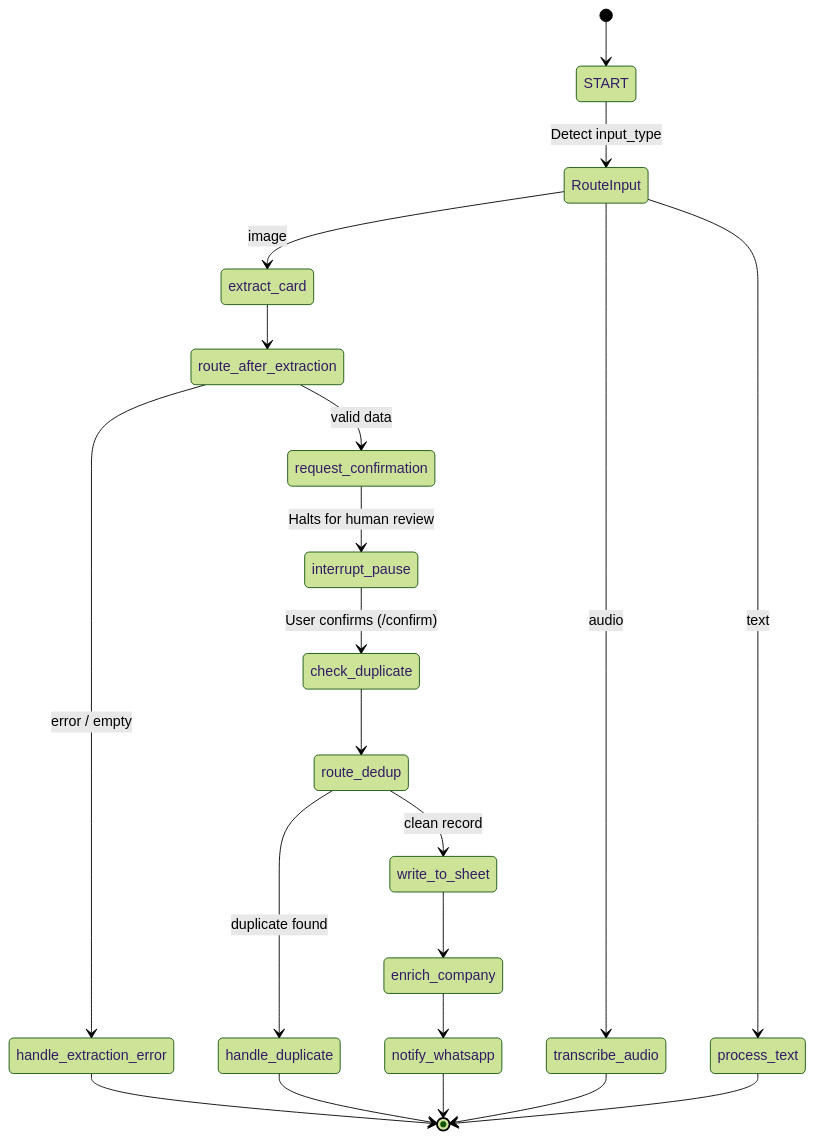
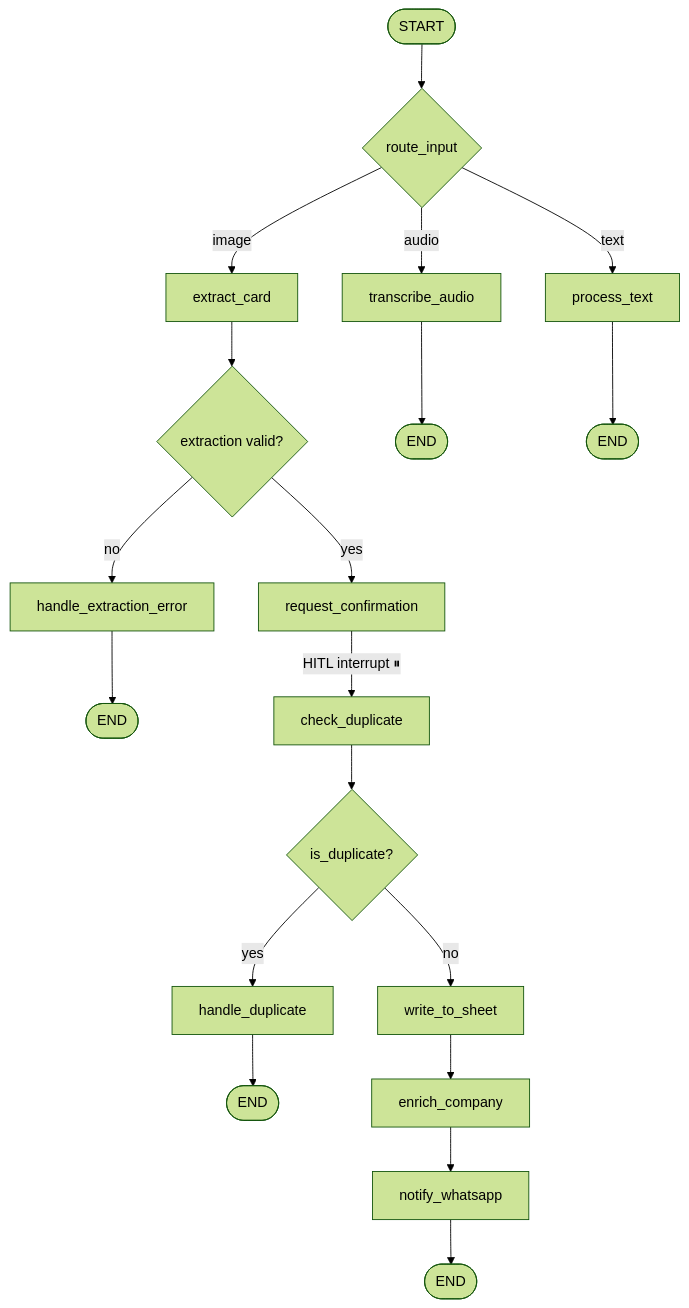
Before and after one commit to akash-bodanapati/CardFlow: the diagram in README.md, drawn with Mermaid (forest theme). The commit also changed other lines of this file and 1 other file, not shown here.

````diff
--- a/README.md
+++ b/README.md
@@ -66,37 +112,29 @@
 ```mermaid
-stateDiagram-v2
-    [*] --> START
-    
-    START --> RouteInput : Detect input_type
-    
-    state RouteInput <<choice>>
-    RouteInput --> extract_card : image
-    RouteInput --> transcribe_audio : audio
-    RouteInput --> process_text : text
-    
-    extract_card --> route_after_extraction
-    
-    state route_after_extraction <<choice>>
-    route_after_extraction --> request_confirmation : valid data
-    route_after_extraction --> handle_extraction_error : error / empty
-    
-    handle_extraction_error --> [*]
-    
-    request_confirmation --> interrupt_pause : Halts for human review
-    interrupt_pause --> check_duplicate : User confirms (/confirm)
-    
-    check_duplicate --> route_dedup
-    
-    state route_dedup <<choice>>
-    route_dedup --> handle_duplicate : duplicate found
-    route_dedup --> write_to_sheet : clean record
-    
-    handle_duplicate --> [*]
-    
+flowchart TD
+    START([START]) --> route_input{route_input}
+
+    route_input -->|image| extract_card
+    route_input -->|audio| transcribe_audio
+    route_input -->|text| process_text
+
+    extract_card --> route_after_extraction{extraction valid?}
+    route_after_extraction -->|yes| request_confirmation
+    route_after_extraction -->|no| handle_extraction_error
+
+    handle_extraction_error --> END_ERR([END])
+
+    request_confirmation -->|HITL interrupt ⏸| check_duplicate
+
+    check_duplicate --> route_dedup{is_duplicate?}
+    route_dedup -->|yes| handle_duplicate
+    route_dedup -->|no| write_to_sheet
+
+    handle_duplicate --> END_DUP([END])
+
     write_to_sheet --> enrich_company
     enrich_company --> notify_whatsapp
-    notify_whatsapp --> [*]
-    
-    transcribe_audio --> [*]
-    process_text --> [*]
+    notify_whatsapp --> END_OK([END])
+
+    transcribe_audio --> END_AUDIO([END])
+    process_text --> END_TEXT([END])
 ```
````
